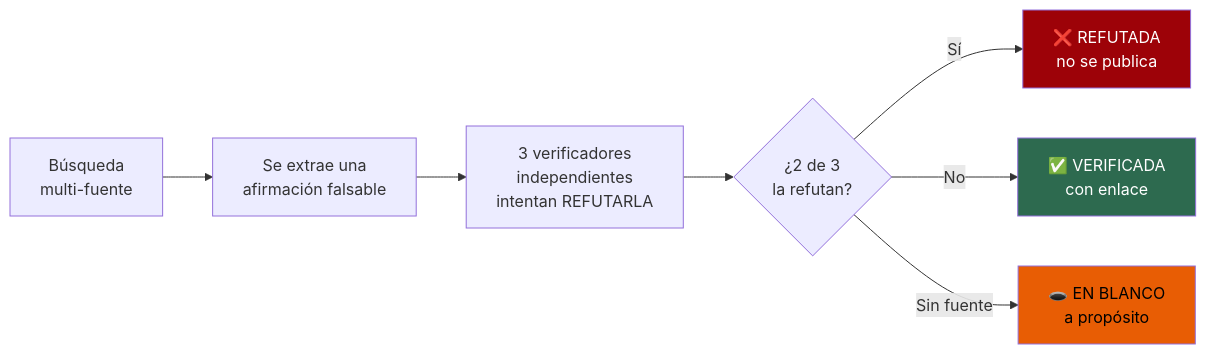
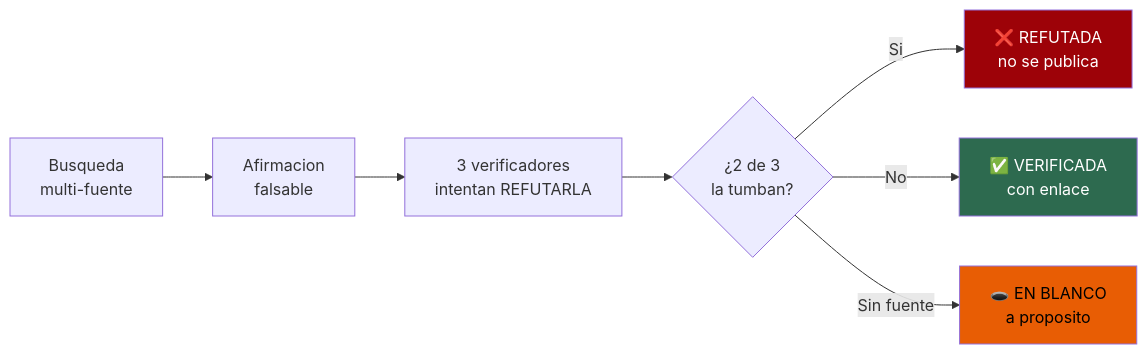
Before and after one commit to morandeirachema/namibia: the tenth of 10 diagrams in README.md, drawn with Mermaid. The commit also changed other lines of this file, not shown here.

````diff
--- a/README.md
+++ b/README.md
@@ -342,12 +318,12 @@
 ```mermaid
 flowchart LR
-    A["Búsqueda<br/>multi-fuente"] --> B["Se extrae una<br/>afirmación falsable"]
-    B --> C["3 verificadores<br/>independientes<br/>intentan REFUTARLA"]
-    C --> D{"¿2 de 3<br/>la refutan?"}
-    D -->|"Sí"| E["❌ REFUTADA<br/>no se publica"]
+    A["Busqueda<br/>multi-fuente"] --> B["Afirmacion<br/>falsable"]
+    B --> C["3 verificadores<br/>intentan REFUTARLA"]
+    C --> D{"¿2 de 3<br/>la tumban?"}
+    D -->|"Si"| E["❌ REFUTADA<br/>no se publica"]
     D -->|"No"| F["✅ VERIFICADA<br/>con enlace"]
-    D -->|"Sin fuente"| G["🕳️ EN BLANCO<br/>a propósito"]
+    D -->|"Sin fuente"| G["🕳️ EN BLANCO<br/>a proposito"]
     style E fill:#9d0208,color:#fff
     style F fill:#2d6a4f,color:#fff
     style G fill:#e85d04,color:#000
 ```
````
